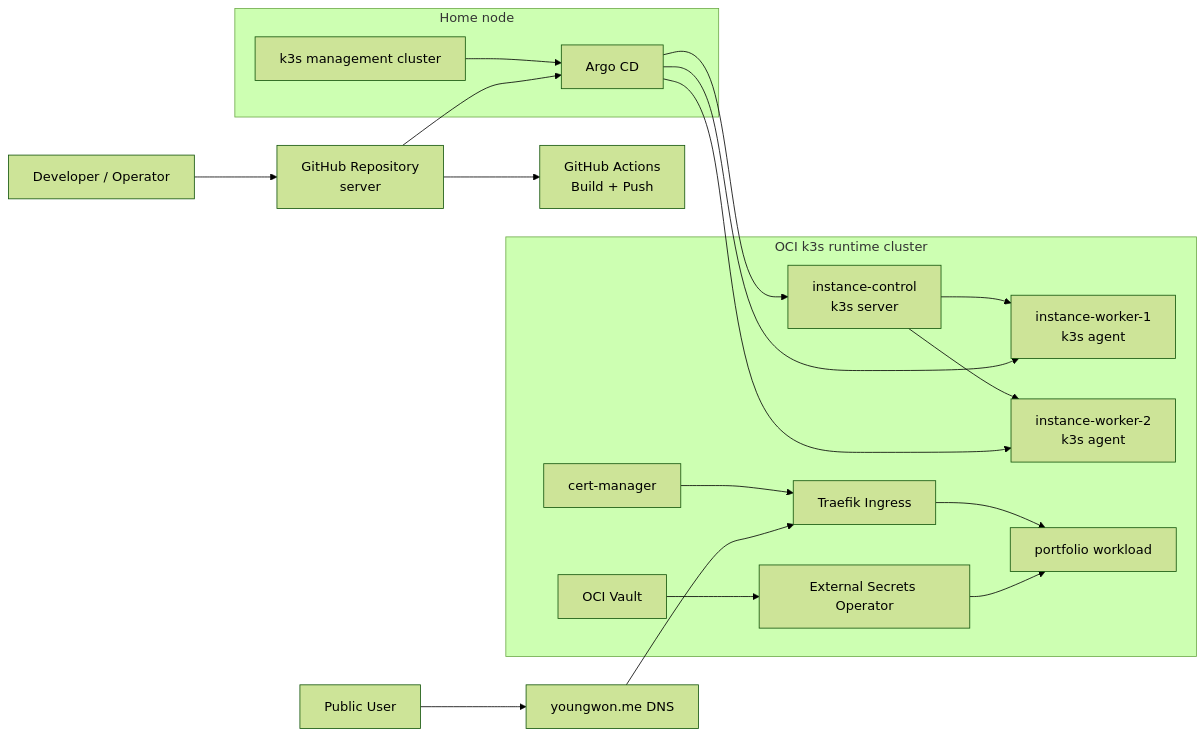
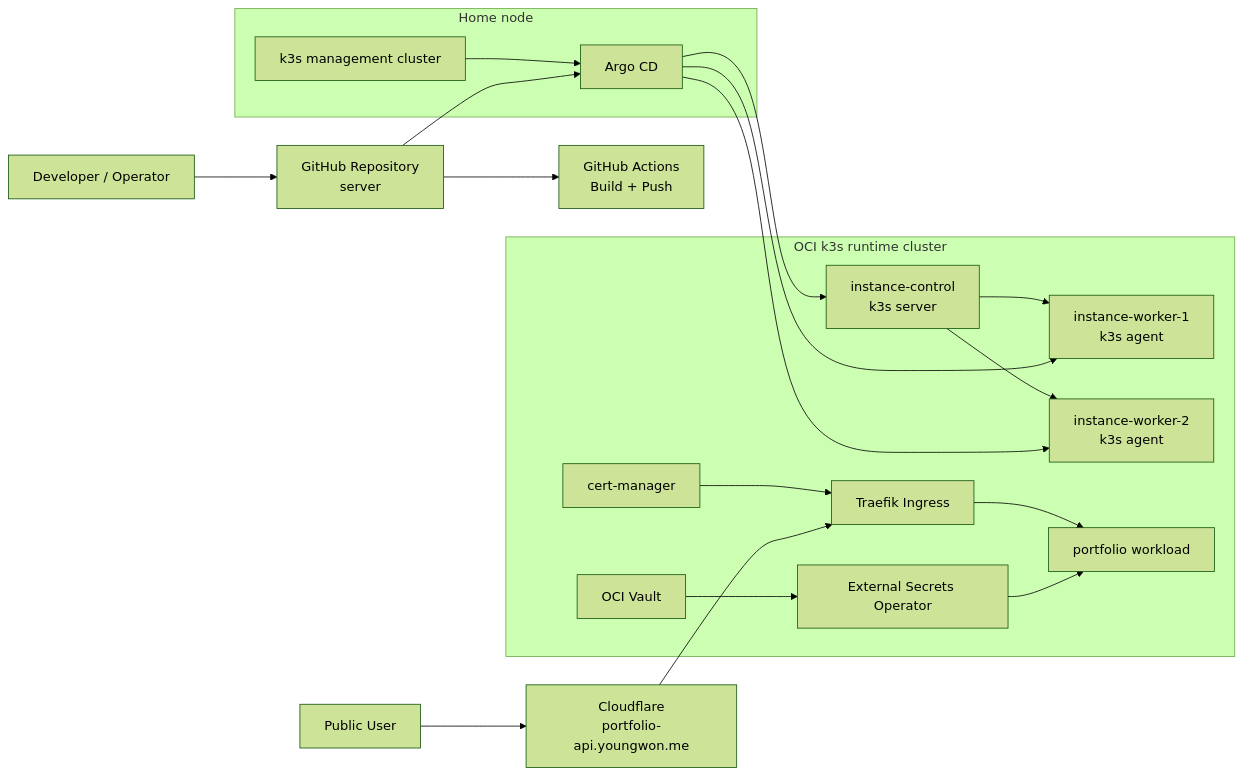
One commit to yw7148/server changed the diagram in README.md. Above: the diagram before and after it, drawn with Mermaid (forest theme). The commit also changed other lines of this file and 4 other files, not shown here.

Commit message:
feat: configure dedicated portfolio API domain

````diff
--- a/README.md
+++ b/README.md
@@ -3,41 +3,41 @@
 ```mermaid
 flowchart LR
     DEV[Developer / Operator]
     GH[GitHub Repository<br/>server]
     GHA[GitHub Actions<br/>Build + Push]
     USER[Public User]
-    DNS[youngwon.me DNS]
+    CF[Cloudflare<br/>portfolio-api.youngwon.me]
 
     subgraph HOME[Home node]
         HOMEK3S[k3s management cluster]
         ARGO[Argo CD]
         HOMEK3S --> ARGO
     end
 
     subgraph OCI[OCI k3s runtime cluster]
         CONTROL[instance-control<br/>k3s server]
         WORKER1[instance-worker-1<br/>k3s agent]
         WORKER2[instance-worker-2<br/>k3s agent]
         TRAEFIK[Traefik Ingress]
         CERT[cert-manager]
         ESO[External Secrets Operator]
         VAULT[OCI Vault]
         APP[portfolio workload]
 
         CONTROL --> WORKER1
         CONTROL --> WORKER2
         TRAEFIK --> APP
         CERT --> TRAEFIK
         ESO --> APP
         VAULT --> ESO
     end
 
     DEV --> GH
     GH --> GHA
     GH --> ARGO
     ARGO --> CONTROL
     ARGO --> WORKER1
     ARGO --> WORKER2
-    USER --> DNS
-    DNS --> TRAEFIK
+    USER --> CF
+    CF --> TRAEFIK
 ```
````
